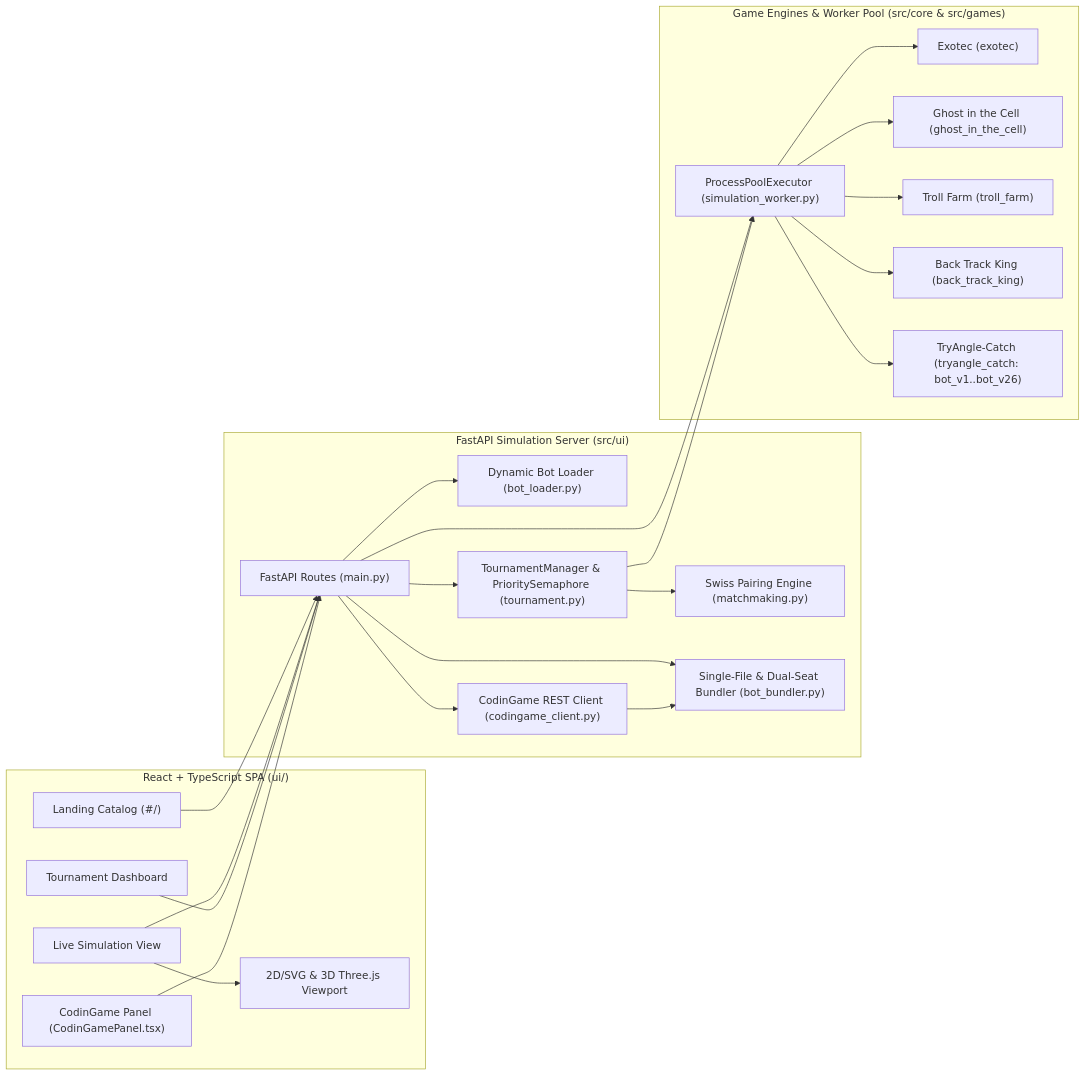
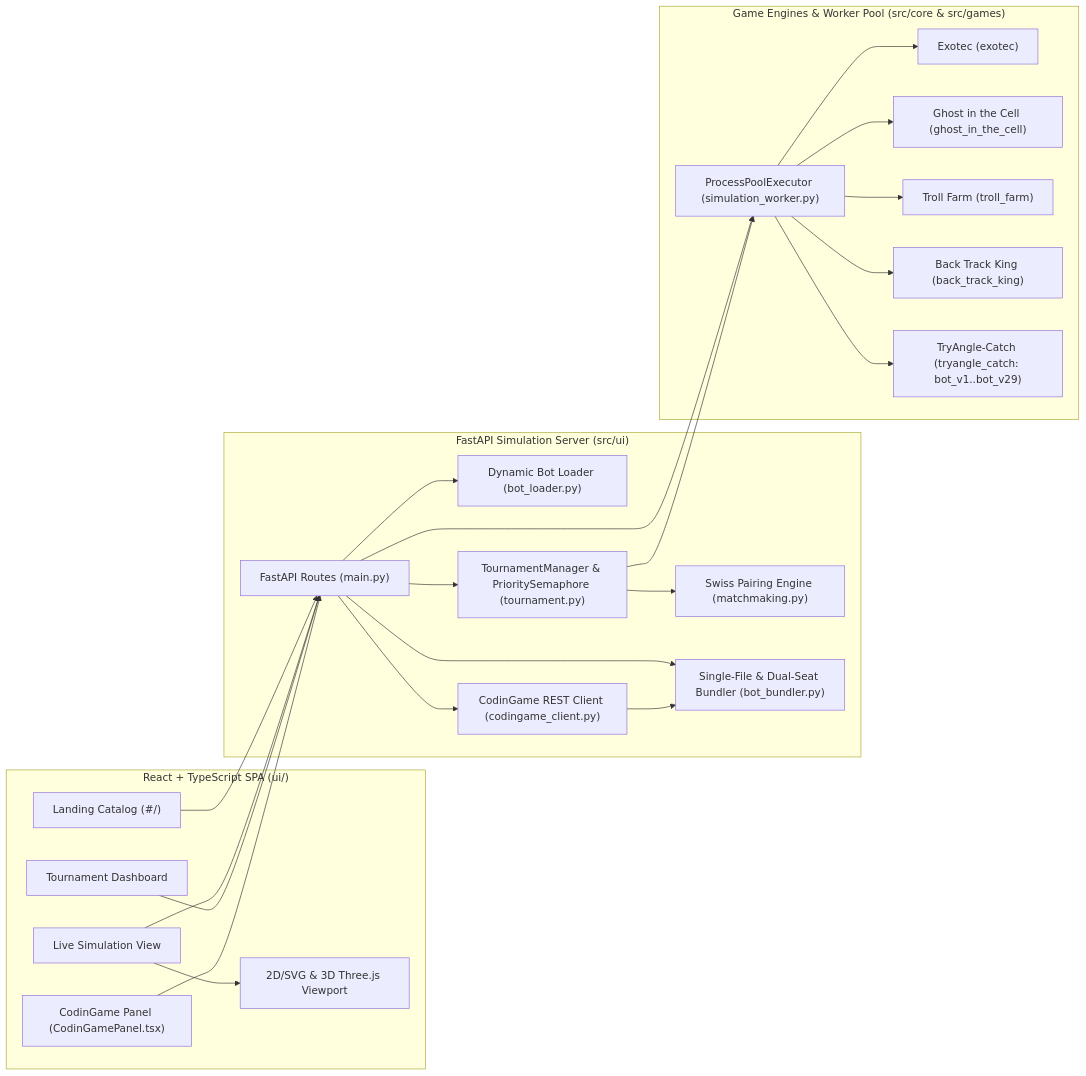
The second of 2 diagrams in docs/argiei_and_platform_architecture.md (lumenconsultancyae/game_sim_docs), drawn with Mermaid before and after one commit. The commit also changed other lines of this file and 3 other files, not shown here.

First line of the commit message:
docs(tryangle-catch): update architecture docs and BDD E2E suite for bots v27-v29

````diff
--- a/docs/argiei_and_platform_architecture.md
+++ b/docs/argiei_and_platform_architecture.md
@@ -40,47 +40,47 @@
 ```mermaid
 flowchart LR
     subgraph Frontend["React + TypeScript SPA (ui/)"]
         Landing["Landing Catalog (#/)"]
         LiveView["Live Simulation View"]
         TourneyView["Tournament Dashboard"]
         CGPanel["CodinGame Panel (CodinGamePanel.tsx)"]
         Viewport["2D/SVG & 3D Three.js Viewport"]
     end
 
     subgraph Backend["FastAPI Simulation Server (src/ui)"]
         MainAPI["FastAPI Routes (main.py)"]
         BotLoader["Dynamic Bot Loader (bot_loader.py)"]
         TourneyMgr["TournamentManager & PrioritySemaphore (tournament.py)"]
         Matchmaker["Swiss Pairing Engine (matchmaking.py)"]
         Bundler["Single-File & Dual-Seat Bundler (bot_bundler.py)"]
         CGClient["CodinGame REST Client (codingame_client.py)"]
     end
 
     subgraph Engine["Game Engines & Worker Pool (src/core & src/games)"]
         WorkerPool["ProcessPoolExecutor (simulation_worker.py)"]
         Exotec["Exotec (exotec)"]
         GITC["Ghost in the Cell (ghost_in_the_cell)"]
         TF["Troll Farm (troll_farm)"]
         BTK["Back Track King (back_track_king)"]
-        TAC["TryAngle-Catch (tryangle_catch: bot_v1..bot_v26)"]
+        TAC["TryAngle-Catch (tryangle_catch: bot_v1..bot_v29)"]
     end
 
     Landing --> MainAPI
     LiveView --> MainAPI
     LiveView --> Viewport
     TourneyView --> MainAPI
     CGPanel --> MainAPI
     MainAPI --> BotLoader
     MainAPI --> TourneyMgr
     MainAPI --> Bundler
     MainAPI --> CGClient
     CGClient --> Bundler
     TourneyMgr --> Matchmaker
     MainAPI --> WorkerPool
     TourneyMgr --> WorkerPool
     WorkerPool --> Exotec
     WorkerPool --> GITC
     WorkerPool --> TF
     WorkerPool --> BTK
     WorkerPool --> TAC
 ```
````
